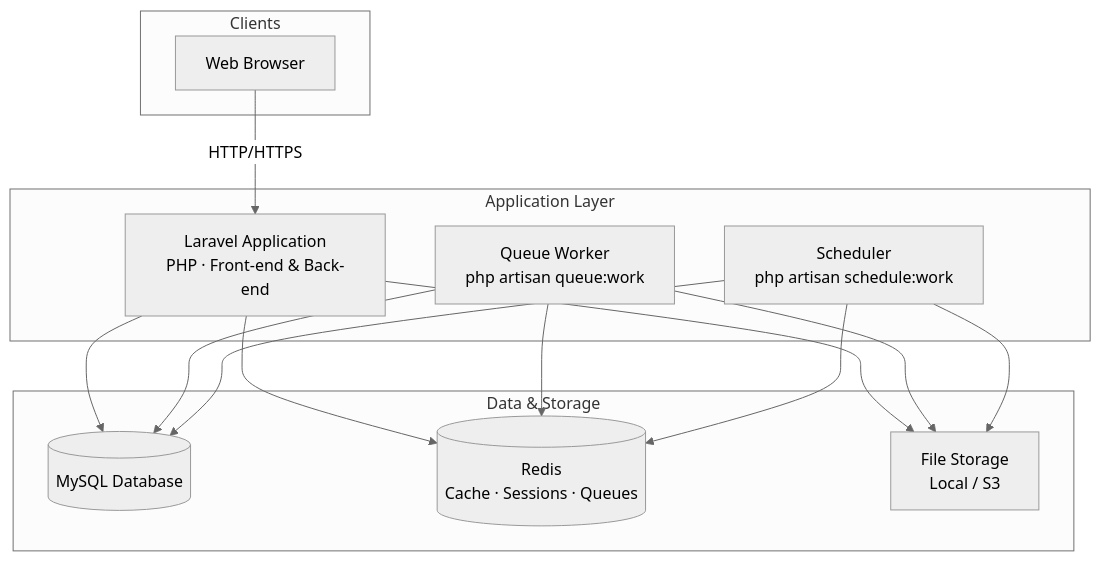
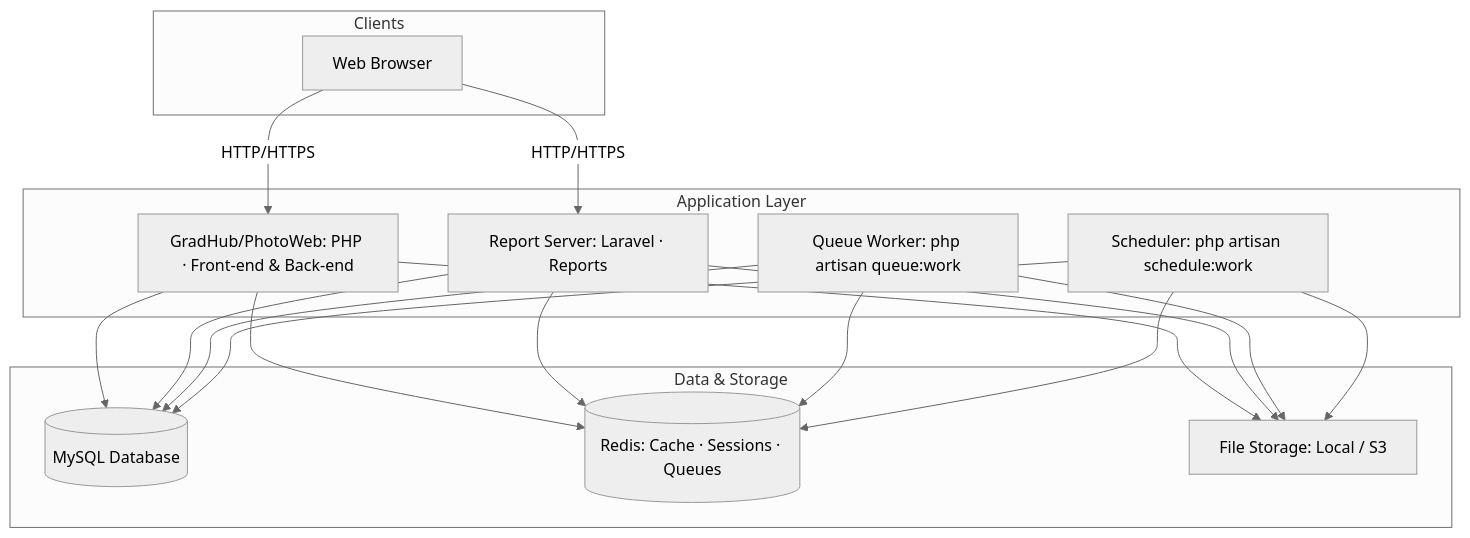
Before and after one commit to yeremko/gatest: the first of 7 diagrams in architecture.md, drawn with Mermaid (neutral theme). The commit also changed other lines of this file, not shown here.

````diff
--- a/architecture.md
+++ b/architecture.md
@@ -9,29 +9,34 @@
 ```mermaid
 flowchart TB
     subgraph Clients["Clients"]
         Browser[Web Browser]
     end
 
     subgraph Application["Application Layer"]
-        Laravel[Laravel Application\nPHP · Front-end & Back-end]
-        QueueWorker[Queue Worker\nphp artisan queue:work]
-        Scheduler[Scheduler\nphp artisan schedule:work]
+        App[GradHub/PhotoWeb: PHP · Front-end & Back-end]
+        ReportServer[Report Server: Laravel · Reports]
+        QueueWorker[Queue Worker: php artisan queue:work]
+        Scheduler[Scheduler: php artisan schedule:work]
     end
 
     subgraph Data["Data & Storage"]
         MySQL[(MySQL Database)]
-        Redis[(Redis\nCache · Sessions · Queues)]
-        FS[File Storage\nLocal / S3]
+        Redis[(Redis: Cache · Sessions · Queues)]
+        FS[File Storage: Local / S3]
     end
 
-    Browser -->|HTTP/HTTPS| Laravel
-    Laravel --> MySQL
-    Laravel --> Redis
-    Laravel --> FS
+    Browser -->|HTTP/HTTPS| App
+    Browser -->|HTTP/HTTPS| ReportServer
+    App --> MySQL
+    App --> Redis
+    App --> FS
+    ReportServer --> MySQL
+    ReportServer --> Redis
+    ReportServer --> FS
     QueueWorker --> MySQL
     QueueWorker --> Redis
     QueueWorker --> FS
     Scheduler --> MySQL
     Scheduler --> Redis
     Scheduler --> FS
 ```
````
